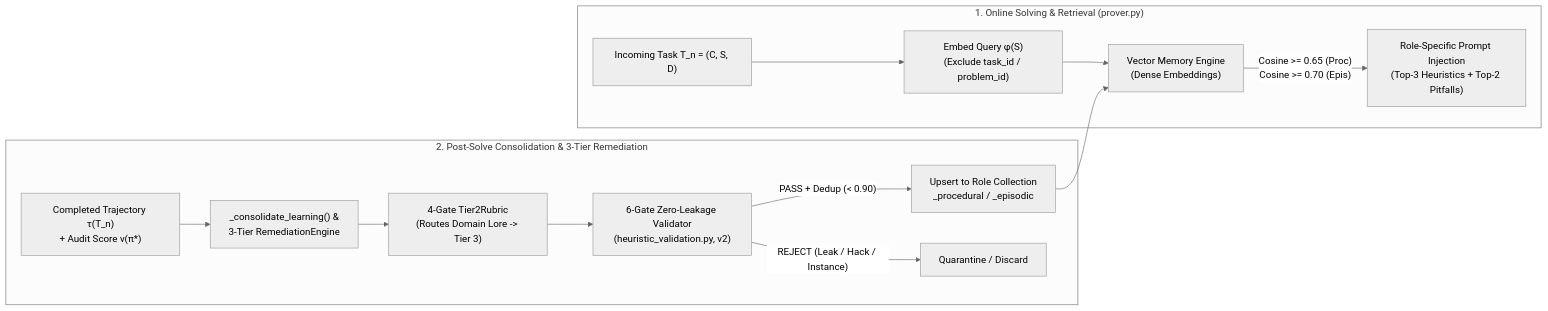
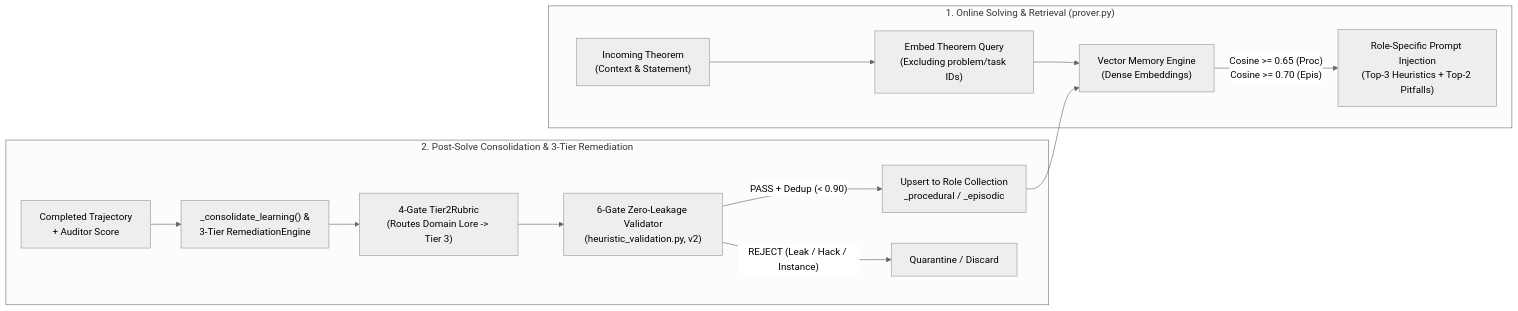
One commit to dionyziuz/proof_harness changed the first of 2 diagrams in docs/articles/arxiv-prime-math-neuro-symbolic-prover-harness.md. Above: the diagram before and after it, drawn with Mermaid (neutral theme). The commit also changed other lines of this file, not shown here.

````diff
--- a/docs/articles/arxiv-prime-math-neuro-symbolic-prover-harness.md
+++ b/docs/articles/arxiv-prime-math-neuro-symbolic-prover-harness.md
@@ -191,17 +184,17 @@
 ```mermaid
 flowchart LR
     subgraph SolveLoop["1. Online Solving & Retrieval (prover.py)"]
-        TaskIn["Incoming Task T_n = (C, S, D)"] --> EmbedQ["Embed Query φ(S)\n(Exclude task_id / problem_id)"]
+        TaskIn["Incoming Theorem\n(Context & Statement)"] --> EmbedQ["Embed Theorem Query\n(Excluding problem/task IDs)"]
         EmbedQ --> TV["Vector Memory Engine\n(Dense Embeddings)"]
         TV -->|"Cosine >= 0.65 (Proc)\nCosine >= 0.70 (Epis)"| Inject["Role-Specific Prompt Injection\n(Top-3 Heuristics + Top-2 Pitfalls)"]
     end
 
     subgraph LearningLoop["2. Post-Solve Consolidation & 3-Tier Remediation"]
-        Trace["Completed Trajectory τ(T_n)\n+ Audit Score v(π*)"] --> Consolidate["_consolidate_learning() &\n3-Tier RemediationEngine"]
+        Trace["Completed Trajectory\n+ Auditor Score"] --> Consolidate["_consolidate_learning() &\n3-Tier RemediationEngine"]
         Consolidate --> Rubric["4-Gate Tier2Rubric\n(Routes Domain Lore -> Tier 3)"]
         Rubric --> Gate6["6-Gate Zero-Leakage Validator\n(heuristic_validation.py, v2)"]
         Gate6 -->|"PASS + Dedup (< 0.90)"| Upsert["Upsert to Role Collection\n<agent_id>_procedural / _episodic"]
         Gate6 -->|"REJECT (Leak / Hack / Instance)"| Drop["Quarantine / Discard"]
         Upsert --> TV
     end
 ```
````
